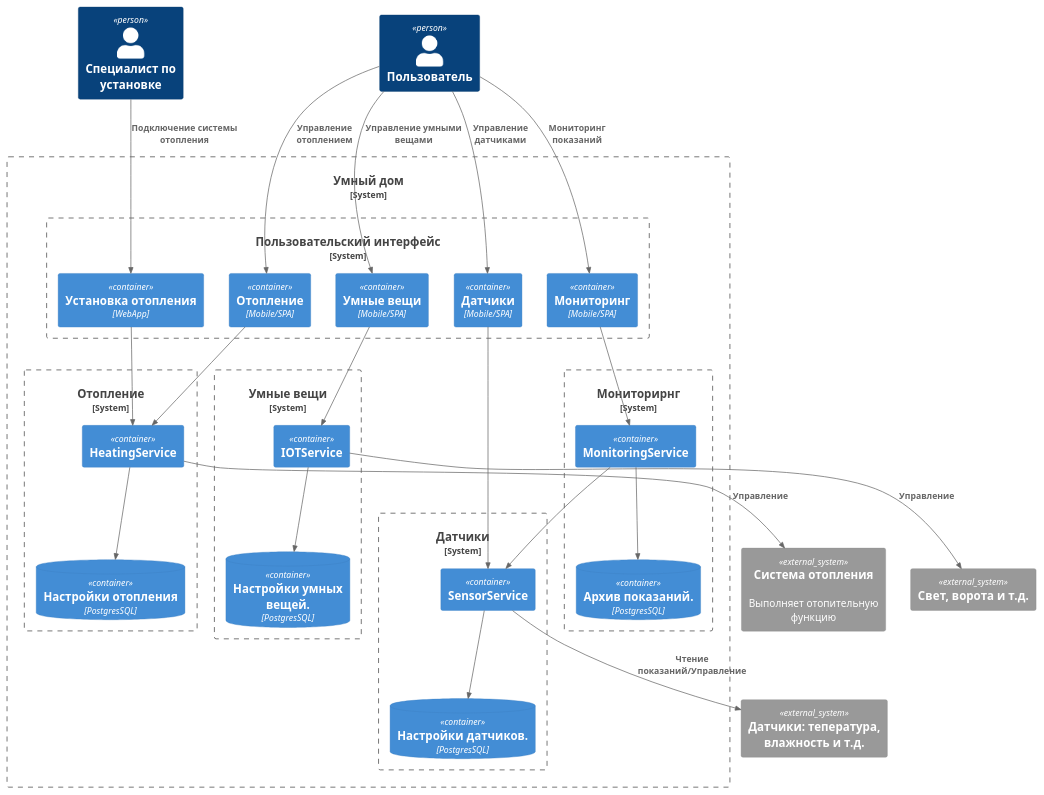
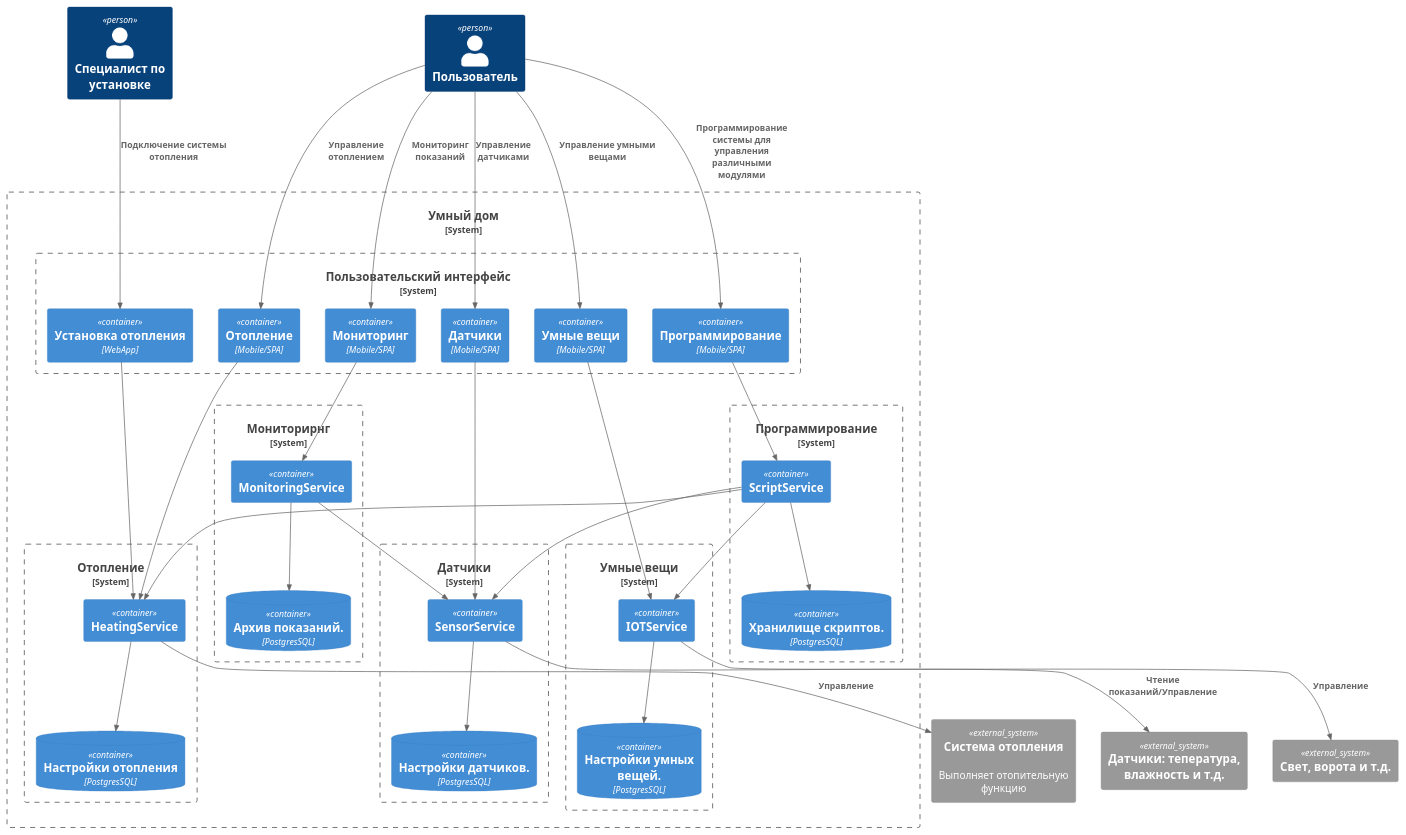
Before and after one commit to vladimir-kulgun/architecture-pro-warmhouse: the diagram in schemas/TO-BE/container.puml, drawn with PlantUML.

Commit message:
script_service

```diff
--- a/schemas/TO-BE/container.puml
+++ b/schemas/TO-BE/container.puml
@@ -1,66 +1,77 @@
 @startuml
 !include https://raw.githubusercontent.com/plantuml-stdlib/C4-PlantUML/master/C4_Container.puml
 
 Person(engineer, "Специалист по установке")
 Person(user, "Пользователь")
 
 System_Boundary(smartHome, "Умный дом") {
 
   System_Boundary(front_end, "Пользовательский интерфейс") {
     Container(warm_house_fe, "Установка отопления", "WebApp")
     Container(heating_fe, "Отопление", "Mobile/SPA")
 
     Container(sensors_fe, "Датчики", "Mobile/SPA")
     Container(iot_fe, "Умные вещи", "Mobile/SPA")
     Container(monitoring_fe, "Мониторинг", "Mobile/SPA")
+    Container(script_fe, "Программирование", "Mobile/SPA")
   }
   
   System_Boundary(heating_be, "Отопление") {
     Container(heating_service, "HeatingService", "")
     ContainerDb(heating_db, "Настройки отопления", "PostgresSQL")
   }
 
   System_Boundary(sensors_be, "Датчики") {
     Container(sensors_service, "SensorService", "")
     ContainerDb(sensors_db, "Настройки датчиков.", "PostgresSQL")
   }
 
   System_Boundary(iot_be, "Умные вещи") {
     Container(iot_service, "IOTService", "")
     ContainerDb(iot_db, "Настройки умных вещей.", "PostgresSQL")
   }
 
   System_Boundary(monitoring_be, "Мониторирнг") {
     Container(monitoring_service, "MonitoringService", "")
     ContainerDb(monitoring_db, "Архив показаний.", "PostgresSQL")
   }
 
-
+  System_Boundary(script_be, "Программирование") {
+    Container(script_service, "ScriptService", "")
+    ContainerDb(script_db, "Хранилище скриптов.", "PostgresSQL")
+  }
 }
 
 Rel(user, heating_fe, "Управление отоплением")
 Rel(engineer, warm_house_fe, "Подключение системы отопления")
 System_Ext(heating_system, "Система отопления", "Выполняет отопительную функцию")
 Rel(heating_fe, heating_service, "")
 Rel(warm_house_fe, heating_service, "")
 Rel(heating_service, heating_db, "")
 Rel(heating_service, heating_system, "Управление")
 
 Rel(user, sensors_fe, "Управление датчиками")
 System_Ext(sensors, "Датчики: тепература, влажность и т.д.", "")
 Rel(sensors_fe, sensors_service, "")
 Rel(sensors_service, sensors_db, "")
 Rel(sensors_service, sensors, "Чтение показаний/Управление")
 
 Rel(user, iot_fe, "Управление умными вещами")
 System_Ext(iot, "Свет, ворота и т.д.", "")
 Rel(iot_fe, iot_service, "")
 Rel(iot_service, iot_db, "")
 Rel(iot_service, iot, "Управление")
 
 Rel(user, monitoring_fe, "Мониторинг показаний")
 Rel(monitoring_fe, monitoring_service, "")
 Rel(monitoring_service, sensors_service, "")
 Rel(monitoring_service, monitoring_db, "")
 
+Rel(user, script_fe, "Программирование системы для управления различными модулями")
+Rel(script_fe, script_service, "")
+Rel(script_service, sensors_service, "")
+Rel(script_service, heating_service, "")
+Rel(script_service, iot_service, "")
+Rel(script_service, script_db, "")
+
 @enduml
```
